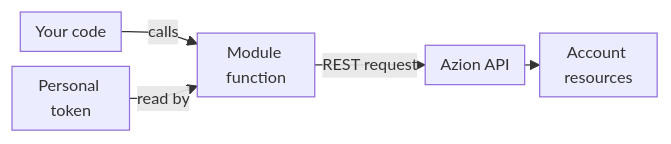
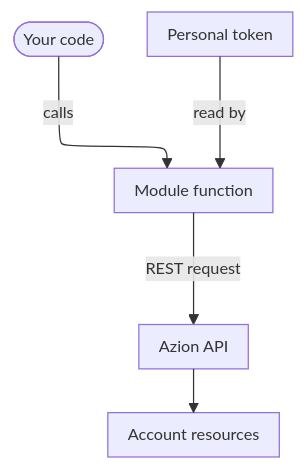
One commit to aziontech/docs changed the diagram in apps/docs/src/content/docs/en/pages/devtools/azion-lib/lib-overview/overview.mdx. Above: the diagram before and after it, drawn with Mermaid. The commit also changed 179 other files, not shown here.

Commit message:
docs(diagrams): redraw every other diagram in the use-case diagram style (#2513)

````diff
--- a/apps/docs/src/content/docs/en/pages/devtools/azion-lib/lib-overview/overview.mdx
+++ b/apps/docs/src/content/docs/en/pages/devtools/azion-lib/lib-overview/overview.mdx
@@ -62,8 +62,8 @@
 ```mermaid
-%%{init: {"layout": "dagre", "themeVariables": {"fontSize": "13px"}, "flowchart": {"nodeSpacing": 12, "rankSpacing": 12, "padding": 6, "wrappingWidth": 70, "minNodeWidth": 40, "useMaxWidth": true}}}%%
-flowchart LR
-  Code["Your code"] -->|"calls"| Fn["Module function"]
+%%{init: {"layout": "elk", "themeVariables": {"fontSize": "13px"}, "flowchart": {"nodeSpacing": 24, "rankSpacing": 36, "padding": 8, "wrappingWidth": 150, "useMaxWidth": true}, "sequence": {"width": 120, "actorMargin": 30, "useMaxWidth": true}}}%%
+flowchart TD
+  Code(["Your code"]) -->|"calls"| Fn["Module function"]
   Tok["Personal token"] -->|"read by"| Fn
   Fn -->|"REST request"| Api["Azion API"]
   Api --> Res["Account resources"]
 ```
````
